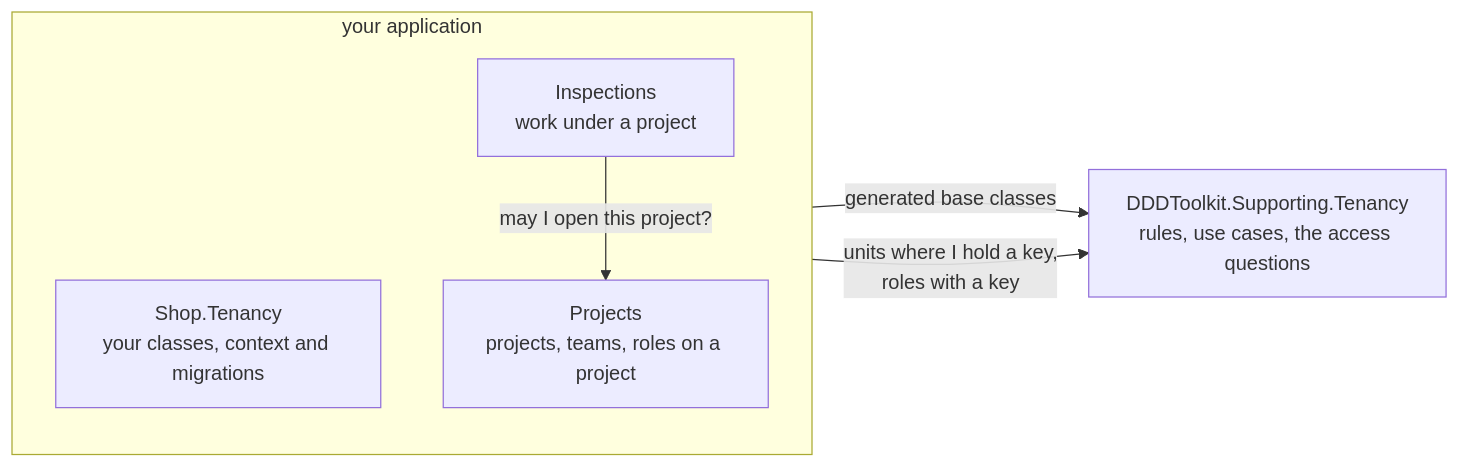
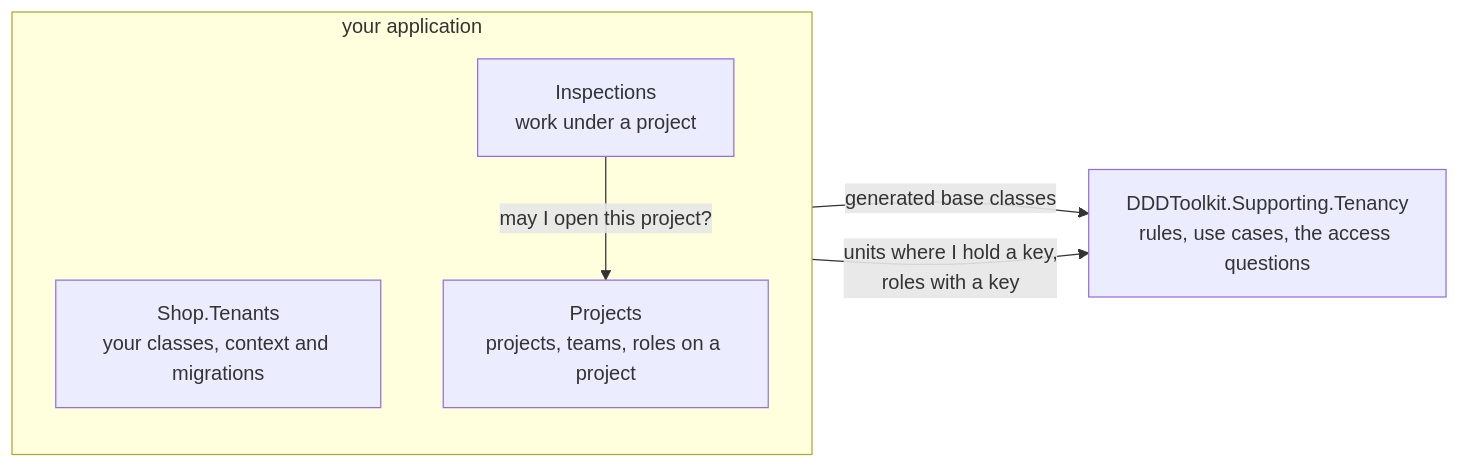
One commit to DylanSnel/DDDToolkit changed the fifth of 22 diagrams in docs/tenancy.md. Above: the diagram before and after it, drawn with Mermaid. The commit also changed other lines of this file and 138 other files, not shown here.

````diff
--- a/docs/tenancy.md
+++ b/docs/tenancy.md
@@ -633,13 +693,13 @@
 ```mermaid
 flowchart LR
     subgraph application ["your application"]
         direction TB
-        Tenancy["Shop.Tenancy<br/>your classes, context and migrations"]
+        Tenancy["Shop.Tenants<br/>your classes, context and migrations"]
         Projects["Projects<br/>projects, teams, roles on a project"]
         Inspections["Inspections<br/>work under a project"]
     end
     Package["DDDToolkit.Supporting.Tenancy<br/>rules, use cases, the access questions"]
     Tenancy -- "generated base classes" --> Package
     Projects -- "units where I hold a key,<br/>roles with a key" --> Package
     Inspections -- "may I open this project?" --> Projects
 ```
````
